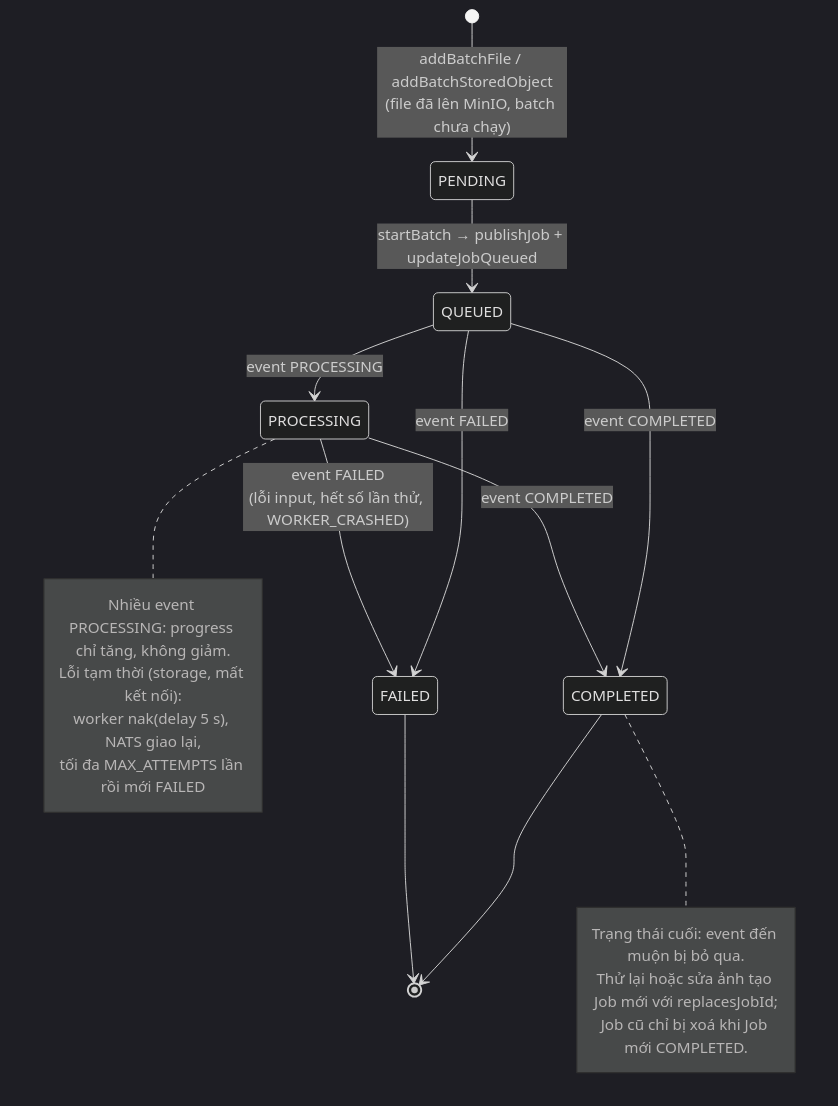
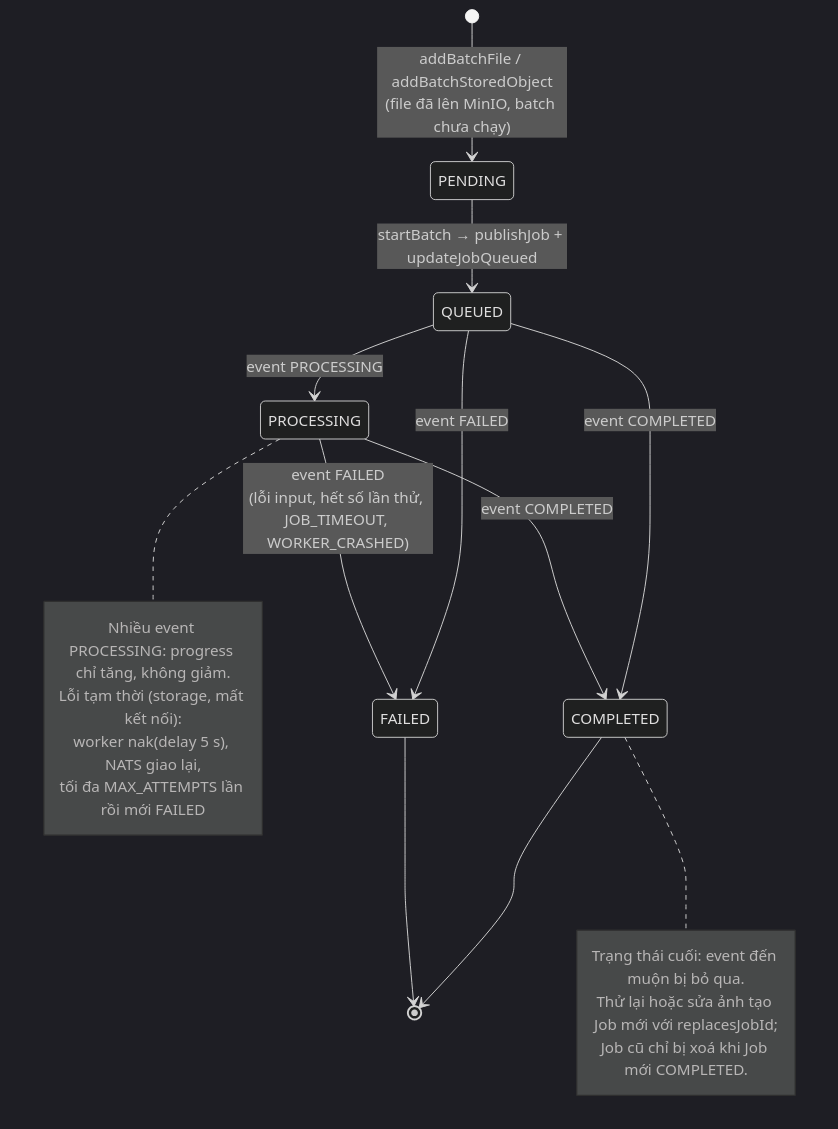
The diagram in docs/report-material/diagrams/3.9-job-status.md (sock1000kg/ImageProcessingService), drawn with Mermaid (dark theme) before and after one commit. The commit also changed 17 other files, not shown here.

````diff
--- a/docs/report-material/diagrams/3.9-job-status.md
+++ b/docs/report-material/diagrams/3.9-job-status.md
@@ -5,24 +5,24 @@
 ```mermaid
 stateDiagram-v2
     [*] --> PENDING: addBatchFile / addBatchStoredObject<br/>(file đã lên MinIO, batch chưa chạy)
     PENDING --> QUEUED: startBatch → publishJob + updateJobQueued
     QUEUED --> PROCESSING: event PROCESSING
     QUEUED --> COMPLETED: event COMPLETED
     PROCESSING --> COMPLETED: event COMPLETED
     QUEUED --> FAILED: event FAILED
-    PROCESSING --> FAILED: event FAILED<br/>(lỗi input, hết số lần thử, WORKER_CRASHED)
+    PROCESSING --> FAILED: event FAILED<br/>(lỗi input, hết số lần thử, JOB_TIMEOUT, WORKER_CRASHED)
     COMPLETED --> [*]
     FAILED --> [*]
 
     note right of PROCESSING
         Nhiều event PROCESSING: progress chỉ tăng, không giảm.
         Lỗi tạm thời (storage, mất kết nối):
         worker nak(delay 5 s), NATS giao lại,
         tối đa MAX_ATTEMPTS lần rồi mới FAILED
     end note
     note right of COMPLETED
         Trạng thái cuối: event đến muộn bị bỏ qua.
         Thử lại hoặc sửa ảnh tạo Job mới với replacesJobId;
         Job cũ chỉ bị xoá khi Job mới COMPLETED.
     end note
 ```
````
